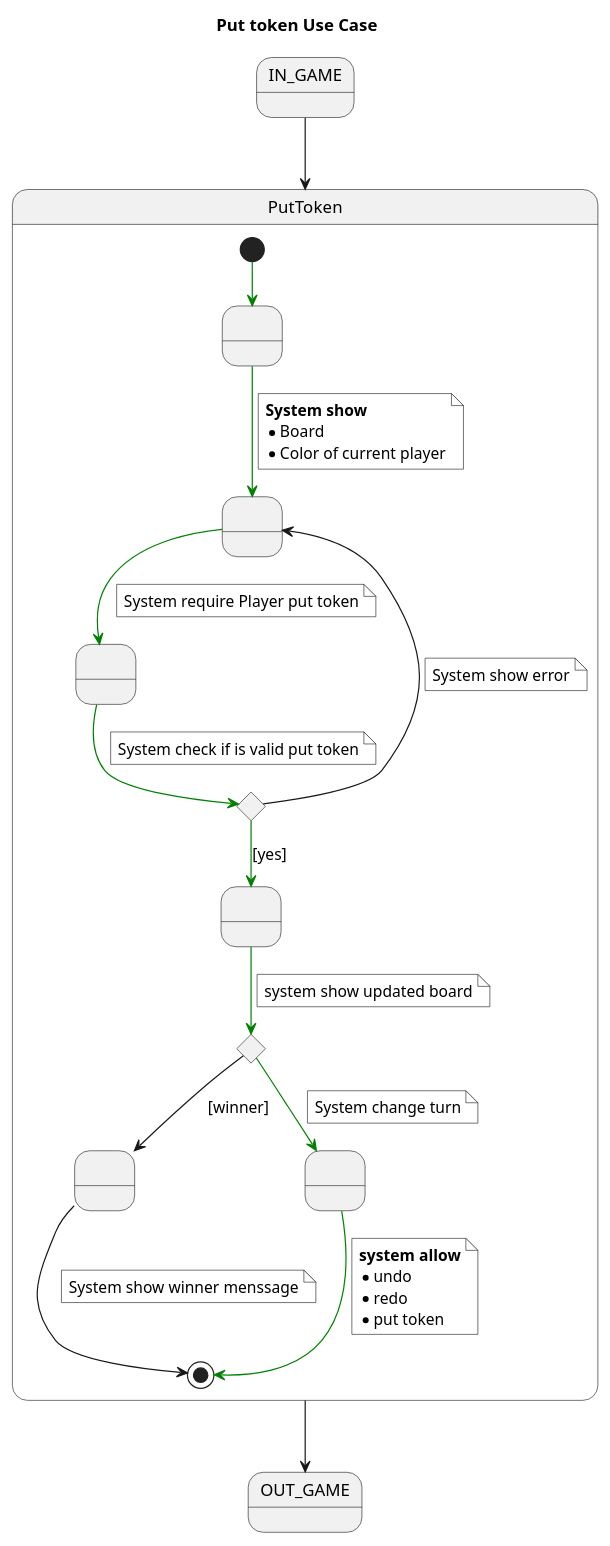
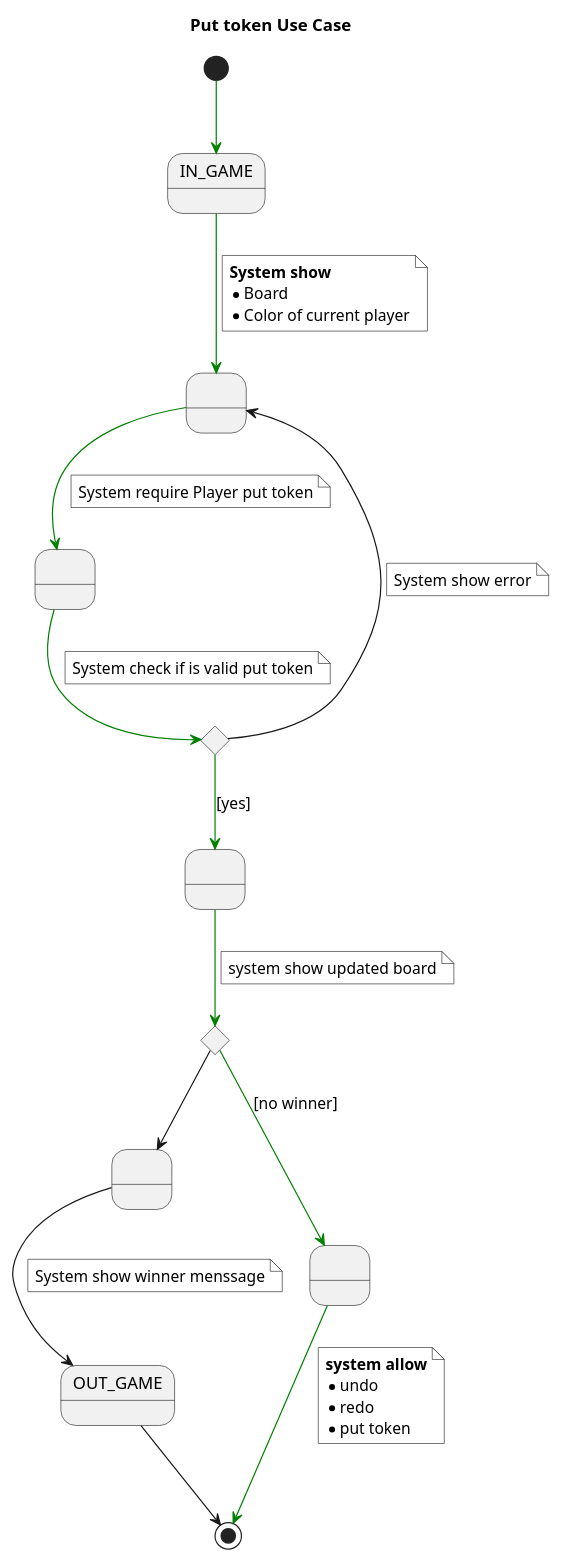
The diagram in doc/src/casos_uso/putToken.puml (hugohg34/conecta4), drawn with PlantUML before and after one commit. The commit also changed 1 other file, not shown here.

Commit message:
add out game state

```diff
--- a/doc/src/casos_uso/putToken.puml
+++ b/doc/src/casos_uso/putToken.puml
@@ -1,64 +1,44 @@
 @startuml
 title "Put token Use Case"
 
 state IN_GAME
-state PutToken
+state " " as initial
+state " " as playerPut
+state is_validPut <<choice>>
+state " " as tokenPlaced
+state " " as winner
+state " " as noWinner
+state OUT_GAME
+state is_winner <<choice>>
+[*] -[#green]-> IN_GAME
+IN_GAME -[#green]-> initial
+note on link #white
+	<b>System show</b>
+	* Board
+	* Color of current player
+end note
+initial -[#green]-> playerPut
+note on link #white : System require Player put token
+playerPut -[#green]-> is_validPut
+note on link #white : System check if is valid put token
 
-IN_GAME --> PutToken
-
-state PutToken {
-	state " " as zero
-	state " " as one
-	state " " as two
-	state is_validPut <<choice>>
-	state " " as tree
-	state " " as four
-	state " " as five
-	state is_winner <<choice>>
-	[*] -[#green]-> zero
-	zero -[#green]-> one
+is_validPut -[#green]-> tokenPlaced : [yes]
+	tokenPlaced -[#green]-> is_winner
+	note on link #white : system show updated board
+	is_winner --> winner
+	winner --> OUT_GAME
+	note on link #white : System show winner menssage
+	OUT_GAME --> [*]
+	is_winner -[#green]-> noWinner : [no winner]
+	noWinner -[#green]-> [*]
 	note on link #white
-		<b>System show</b>
-		* Board
-		* Color of current player
+		<b>system allow</b>
+		* undo
+		* redo
+		* put token
 	end note
-	one -[#green]-> two
-	note on link #white
-		System require Player put token
-	end note
-	two -[#green]-> is_validPut
-	note on link #white
-		System check if is valid put token
-	end note
-	
-	is_validPut -[#green]-> tree : [yes]
-		tree -[#green]-> is_winner
-		note on link #white
-			system show updated board
-		end note
-		is_winner --> four : [winner]
-		four --> [*]
-		note on link #white
-			System show winner menssage
-		end note
-		is_winner -[#green]-> five
-		note on link #white
-			System change turn
-		end note
-		five -[#green]-> [*]
-		note on link #white
-			<b>system allow</b>
-			* undo
-			* redo
-			* put token
-		end note
-			
-	is_validPut --> one
-		note on link #white
-			System show error
-		end note
-}
-
-PutToken --> OUT_GAME
+		
+is_validPut --> initial
+	note on link #white : System show error
 
 @enduml
```
